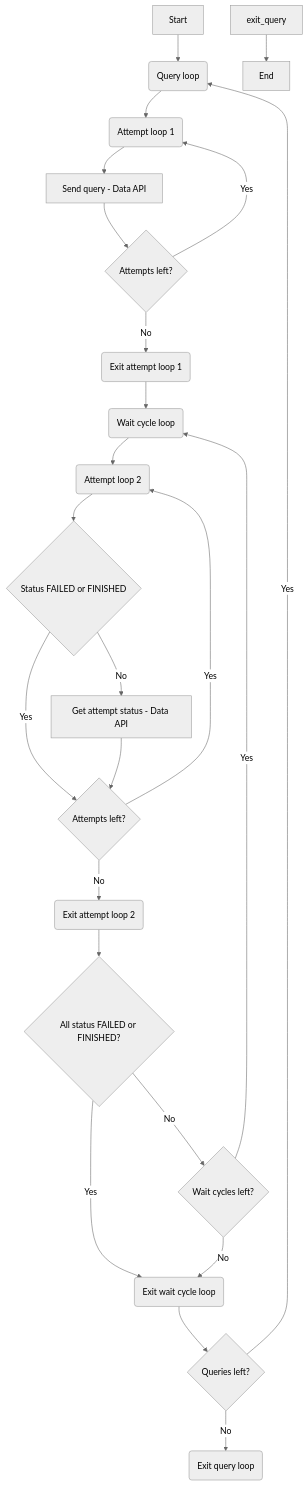
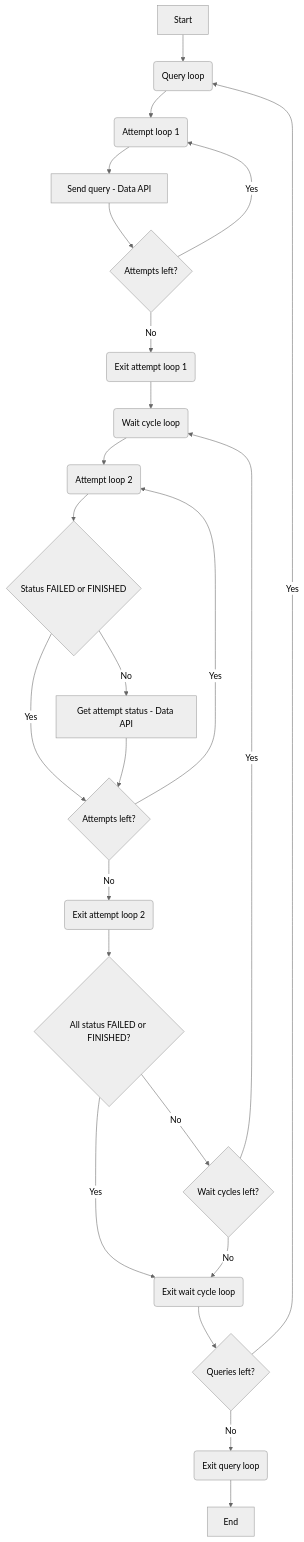
One commit to aws-samples/amazon-redshift-auto-testing-with-data-api changed the second of 2 diagrams in README.md. Above: the diagram before and after it, drawn with Mermaid (neutral theme).

````diff
--- a/README.md
+++ b/README.md
@@ -181,26 +181,26 @@
 ```mermaid
 graph TD
     start[Start]   --> query_loop(Query loop)
     query_loop     --> attempt_loop_1(Attempt loop 1)
     attempt_loop_1 --> send_query[Send query - Data API]
     send_query     --> attempt_left_1{Attempts left?}
     attempt_left_1 --> | Yes | attempt_loop_1
     attempt_left_1 --> | No  | exit_attempt_1(Exit attempt loop 1)
     exit_attempt_1 --> wait_loop(Wait cycle loop)
     wait_loop      --> attempt_loop_2(Attempt loop 2)
     attempt_loop_2 --> check_status{Status FAILED or FINISHED}
     check_status   --> | Yes | attempt_left_2{Attempts left?}
     check_status   --> | No  | get_status[Get attempt status - Data API]
     get_status     --> attempt_left_2
     attempt_left_2 --> | Yes | attempt_loop_2
     attempt_left_2 --> | No  | exit_attempt_2(Exit attempt loop 2)
     exit_attempt_2 --> all_status{All status FAILED or FINISHED?}
     all_status     --> | Yes | exit_wait(Exit wait cycle loop)
     all_status     --> | No  | wait_left{Wait cycles left?}
     wait_left      --> | Yes | wait_loop
     wait_left      --> | No  | exit_wait
     exit_wait      --> query_left{Queries left?}
     query_left     --> | Yes | query_loop
-    query_left     --> | No  | exit_quer(Exit query loop)
+    query_left     --> | No  | exit_query(Exit query loop)
     exit_query     --> stop[End]
 ```
````
